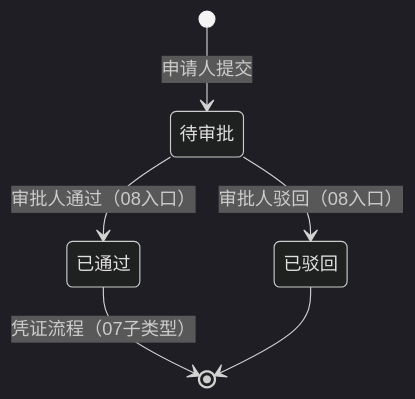
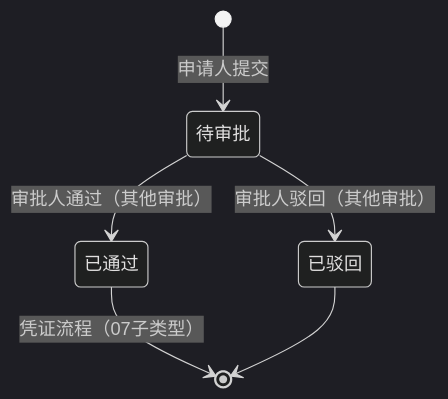
The diagram in 02-PRD文档/B-迭代需求/6.2版本（2026.08）/07-审批中心/05-其他审批/03-开锁审核/开锁审核主PRD.md (RobertHuang999/SYZC), drawn with Mermaid (dark theme) before and after one commit. The commit also changed other lines of this file and 17 other files, not shown here.

````diff
--- a/02-PRD文档/B-迭代需求/6.2版本（2026.08）/07-审批中心/05-其他审批/03-开锁审核/开锁审核主PRD.md
+++ b/02-PRD文档/B-迭代需求/6.2版本（2026.08）/07-审批中心/05-其他审批/03-开锁审核/开锁审核主PRD.md
@@ -186,8 +186,8 @@
 ```mermaid
 stateDiagram-v2
     [*] --> 待审批: 申请人提交
-    待审批 --> 已通过: 审批人通过（08入口）
-    待审批 --> 已驳回: 审批人驳回（08入口）
+    待审批 --> 已通过: 审批人通过（其他审批）
+    待审批 --> 已驳回: 审批人驳回（其他审批）
     已通过 --> [*]: 凭证流程（07子类型）
     已驳回 --> [*]
 ```
````
